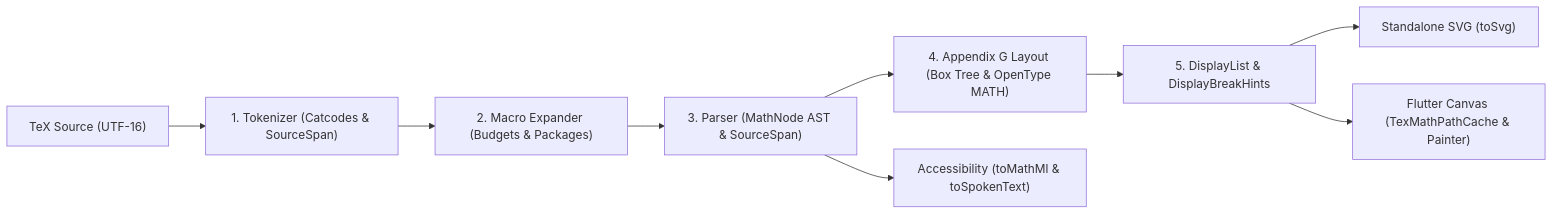
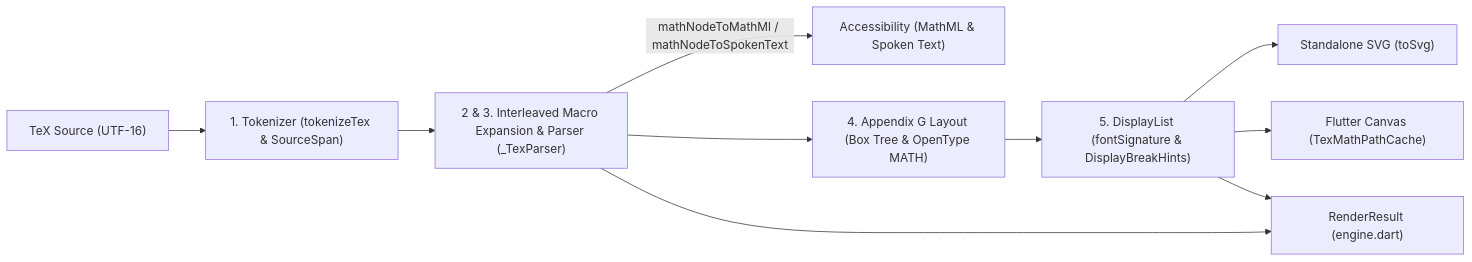
One commit to tkinnis/tex_math changed the first of 3 diagrams in doc/ARCHITECTURE.md. Above: the diagram before and after it, drawn with Mermaid. The commit also changed other lines of this file and 16 other files, not shown here.

````diff
--- a/doc/ARCHITECTURE.md
+++ b/doc/ARCHITECTURE.md
@@ -21,11 +21,12 @@
 ```mermaid
 flowchart LR
-  S0["TeX Source (UTF-16)"] --> S1["1. Tokenizer (Catcodes & SourceSpan)"]
-  S1 --> S2["2. Macro Expander (Budgets & Packages)"]
-  S2 --> S3["3. Parser (MathNode AST & SourceSpan)"]
-  S3 --> S4["4. Appendix G Layout (Box Tree & OpenType MATH)"]
-  S4 --> S5["5. DisplayList & DisplayBreakHints"]
+  S0["TeX Source (UTF-16)"] --> S1["1. Tokenizer (tokenizeTex & SourceSpan)"]
+  S1 --> S23["2 & 3. Interleaved Macro Expansion & Parser (_TexParser)"]
+  S23 -->|"mathNodeToMathMl / mathNodeToSpokenText"| O3["Accessibility (MathML & Spoken Text)"]
+  S23 --> S4["4. Appendix G Layout (Box Tree & OpenType MATH)"]
+  S4 --> S5["5. DisplayList (fontSignature & DisplayBreakHints)"]
   S5 --> O1["Standalone SVG (toSvg)"]
-  S5 --> O2["Flutter Canvas (TexMathPathCache & Painter)"]
-  S3 --> O3["Accessibility (toMathMl & toSpokenText)"]
+  S5 --> O2["Flutter Canvas (TexMathPathCache)"]
+  S23 --> RR["RenderResult (engine.dart)"]
+  S5 --> RR
 ```
````
